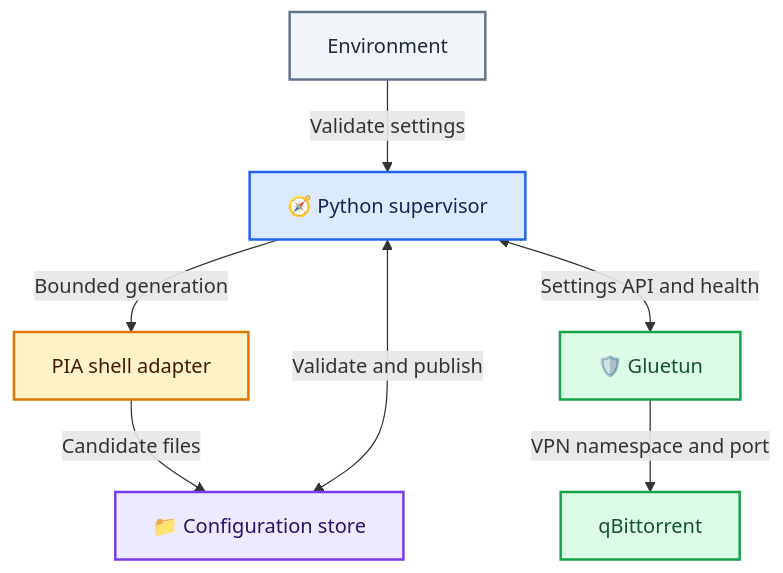
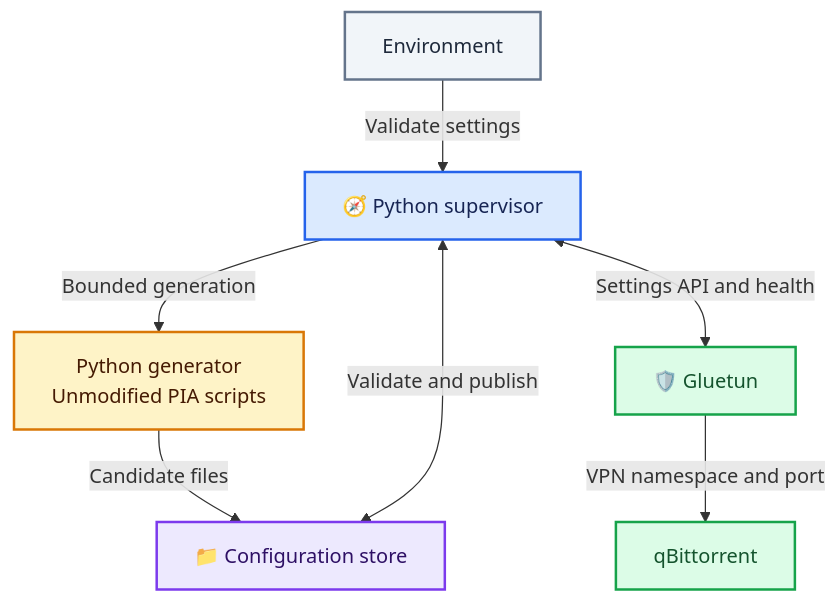
The diagram in docs/development/privateerr/architecture.md (scottgigawatt/privateerr), drawn with Mermaid before and after one commit. The commit also changed other lines of this file and 31 other files, not shown here.

First line of the commit message:
🐍 Consolidate Privateerr generation and Buccaneerr startup in Python (#149)

````diff
--- a/docs/development/privateerr/architecture.md
+++ b/docs/development/privateerr/architecture.md
@@ -7,24 +7,24 @@
 ```mermaid
 flowchart TD
   accTitle: Privateerr supervisor boundaries
-  accDescr: Environment settings configure the Python supervisor. It invokes PIA through a bounded shell adapter, validates the candidate files, and exchanges settings and health information with Gluetun. After confirmation it publishes the files. Gluetun owns the VPN namespace and updates qBittorrent's forwarded port.
+  accDescr: Environment settings configure the Python supervisor. It invokes PIA through a bounded Python generator, validates the candidate files, and exchanges settings and health information with Gluetun. After confirmation it publishes the files. Gluetun owns the VPN namespace and updates qBittorrent's forwarded port.
 
   env["Environment"] -->|"Validate settings"| supervisor["🧭 Python supervisor"]
-  supervisor -->|"Bounded generation"| adapter["PIA shell adapter"]
-  adapter -->|"Candidate files"| store["📁 Configuration store"]
+  supervisor -->|"Bounded generation"| generator["Python generator<br/>Unmodified PIA scripts"]
+  generator -->|"Candidate files"| store["📁 Configuration store"]
   supervisor <-->|"Validate and publish"| store
   supervisor <-->|"Settings API and health"| gluetun["🛡️ Gluetun"]
   gluetun -->|"VPN namespace and port"| app["qBittorrent"]
 
   classDef configuration fill:#f1f5f9,stroke:#64748b,color:#1e293b,stroke-width:2px
   classDef control fill:#dbeafe,stroke:#2563eb,color:#172554,stroke-width:2px
   classDef generation fill:#fef3c7,stroke:#d97706,color:#451a03,stroke-width:2px
   classDef storage fill:#ede9fe,stroke:#7c3aed,color:#2e1065,stroke-width:2px
   classDef connected fill:#dcfce7,stroke:#16a34a,color:#14532d,stroke-width:2px
 
   class env configuration
   class supervisor control
-  class adapter generation
+  class generator generation
   class store storage
   class gluetun,app connected
 ```
````
